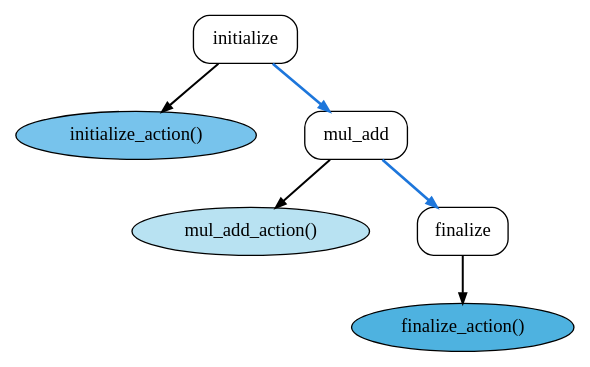
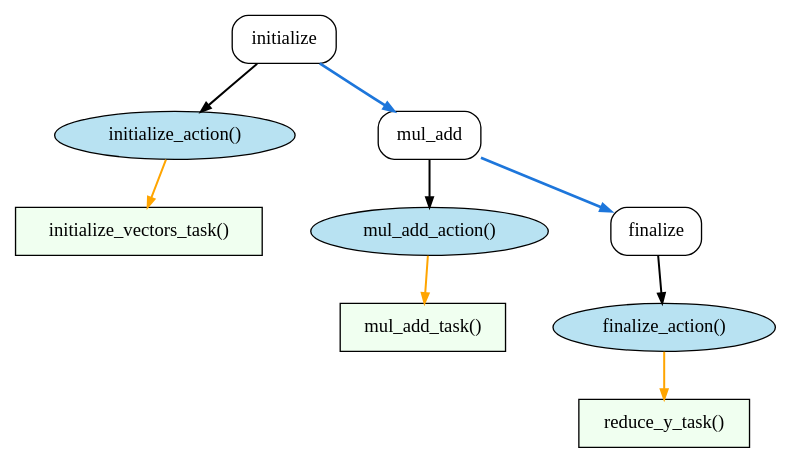
One commit to flecsi/flecsi changed the diagram in doc/sphinx/src/tutorial/images/flaxpy-control-model.dot. Above: the diagram before and after it, drawn with Graphviz. The commit also changed 2 other files, not shown here.

Commit message:
Document FLAXPY's actions

```diff
--- a/doc/sphinx/src/tutorial/images/flaxpy-control-model.dot
+++ b/doc/sphinx/src/tutorial/images/flaxpy-control-model.dot
@@ -1,45 +1,66 @@
 digraph "graph" {
-	graph [nodesep=.5];
-	node [color=black,
-		fillcolor=lightgrey,
-		fontcolor=black,
-		shape=ellipse
-	];
-	edge [arrowhead=normal,
-		arrowsize=0.75,
-		arrowtail=normal,
-		color=black,
-		dir=forward,
-		fillcolor=black,
-		fontcolor=black,
-		headport=c,
-		tailport=c
-	];
-	initialize	[label=initialize,
-		shape=box,
-		style=rounded];
-	"0x7a51e0"	[fillcolor="#77c3ec",
-		label="initialize_action()",
-		style=filled];
-	initialize:c -> "0x7a51e0":c	[penwidth=1.5];
-	mul_add	[label=mul_add,
-		shape=box,
-		style=rounded];
-	initialize:c -> mul_add:c	[color="#1d76db",
-		fillcolor="#1d76db",
-		style=bold];
-	"0x7a5240"	[fillcolor="#b8e2f2",
-		label="mul_add_action()",
-		style=filled];
-	mul_add:c -> "0x7a5240":c	[penwidth=1.5];
-	finalize	[label=finalize,
-		shape=box,
-		style=rounded];
-	mul_add:c -> finalize:c	[color="#1d76db",
-		fillcolor="#1d76db",
-		style=bold];
-	"0x7a52a0"	[fillcolor="#4eb2e0",
-		label="finalize_action()",
-		style=filled];
-	finalize:c -> "0x7a52a0":c	[penwidth=1.5];
+        // The following code was generated by "flaxpy --control-model"
+        // and edited to remove mention of the anonymous namespace and to
+        // use the same color to fill all action nodes.
+        graph [nodesep=.5];
+        node [color=black,
+                fillcolor=lightgrey,
+                fontcolor=black,
+                shape=ellipse
+        ];
+        edge [arrowhead=normal,
+                arrowsize=0.75,
+                arrowtail=normal,
+                color=black,
+                dir=forward,
+                fillcolor=black,
+                fontcolor=black,
+                headport=c,
+                tailport=c
+        ];
+        initialize      [label=initialize,
+                shape=box,
+                style=rounded];
+        "0x7a51e0"      [fillcolor="#b8e2f2",
+                label="initialize_action()",
+                style=filled];
+        initialize:c -> "0x7a51e0":c    [penwidth=1.5];
+        mul_add [label=mul_add,
+                shape=box,
+                style=rounded];
+        initialize:c -> mul_add:c       [color="#1d76db",
+                fillcolor="#1d76db",
+                style=bold];
+        "0x7a5240"      [fillcolor="#b8e2f2",
+                label="mul_add_action()",
+                style=filled];
+        mul_add:c -> "0x7a5240":c       [penwidth=1.5];
+        finalize        [label=finalize,
+                shape=box,
+                style=rounded];
+        mul_add:c -> finalize:c [color="#1d76db",
+                fillcolor="#1d76db",
+                style=bold];
+        "0x7a52a0"      [fillcolor="#b8e2f2",
+                label="finalize_action()",
+                style=filled];
+        finalize:c -> "0x7a52a0":c      [penwidth=1.5];
+
+        // The following code was added manually to illustrate tasks.
+        node [shape=box,
+              color=black,
+              style=filled,
+              fillcolor="#f0fff0"
+        ];
+        edge [color=orange,
+              fillcolor=orange,
+              style=bold,
+              penwidth=1.5
+        ];
+        init_vec_task [label="initialize_vectors_task()"];
+        "0x7a51e0" -> init_vec_task;
+        mul_add_task [label="mul_add_task()"];
+        "0x7a5240" -> mul_add_task;
+        reduce_y_task [label="reduce_y_task()"];
+        "0x7a52a0" -> reduce_y_task;
 }
```
